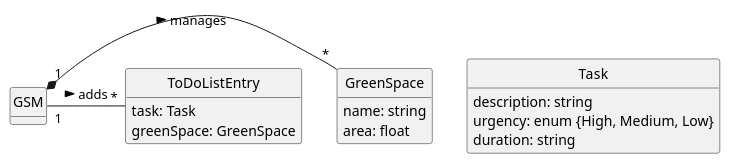
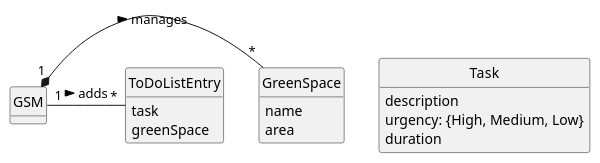
One commit to diogoveirospro/lei-24-s2-1dg-g072 changed the diagram in docs/sprintC/us021/02.analysis/puml/us021-domain-model.puml. Above: the diagram before and after it, drawn with PlantUML. The commit also changed 4 other files, not shown here.

```diff
--- a/docs/sprintC/us021/02.analysis/puml/us021-domain-model.puml
+++ b/docs/sprintC/us021/02.analysis/puml/us021-domain-model.puml
@@ -1,35 +1,35 @@
 @startuml
 skinparam monochrome true
 skinparam packageStyle rectangle
 skinparam shadowing false
 
 'left to right direction
 
 skinparam classAttributeIconSize 0
 
 hide circle
 hide methods
 
 class GreenSpace {
-    name: string
-    area: float
+    name
+    area
 }
 
 class Task {
-    description: string
-    urgency: enum {High, Medium, Low}
-    duration: string
+    description
+    urgency: {High, Medium, Low}
+    duration
 }
 
 class ToDoListEntry {
-    task: Task
-    greenSpace: GreenSpace
+    task
+    greenSpace
 }
 
 class GSM {
 }
 
 GSM "1" *- "*" GreenSpace : manages >
 GSM "1" - "*" ToDoListEntry : adds >
 
 @enduml
```
